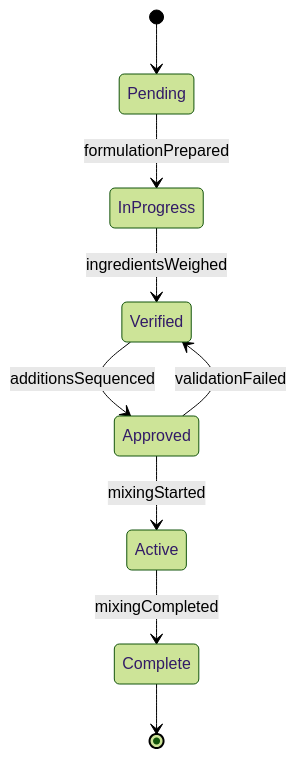
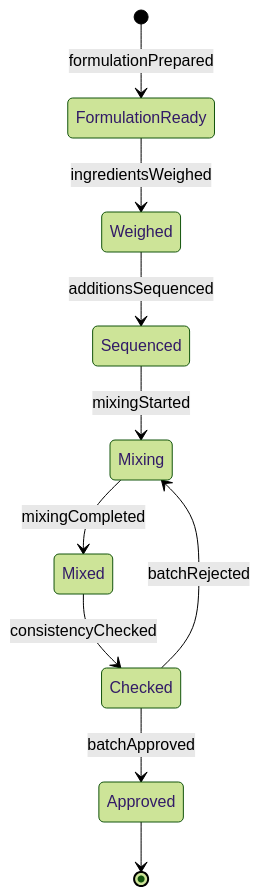
The second of 4 diagrams in HandlingAndMovingObjects/HandleFoodOrFoodPreparationMaterials/MixIngredients.mdx (dot-org-ai/tasks.org.ai), drawn with Mermaid (forest theme) before and after one commit. The commit also changed other lines of this file and 515 other files, not shown here.

````diff
--- a/HandlingAndMovingObjects/HandleFoodOrFoodPreparationMaterials/MixIngredients.mdx
+++ b/HandlingAndMovingObjects/HandleFoodOrFoodPreparationMaterials/MixIngredients.mdx
@@ -100,11 +100,12 @@
 ```mermaid
 stateDiagram-v2
-    [*] --> Pending
-    Pending --> InProgress : formulationPrepared
-    InProgress --> Verified : ingredientsWeighed
-    Verified --> Approved : additionsSequenced
-    Approved --> Active : mixingStarted
-    Active --> Complete : mixingCompleted
-    Approved --> Verified : validationFailed
-    Complete --> [*]
+    [*] --> FormulationReady : formulationPrepared
+    FormulationReady --> Weighed : ingredientsWeighed
+    Weighed --> Sequenced : additionsSequenced
+    Sequenced --> Mixing : mixingStarted
+    Mixing --> Mixed : mixingCompleted
+    Mixed --> Checked : consistencyChecked
+    Checked --> Approved : batchApproved
+    Checked --> Mixing : batchRejected
+    Approved --> [*]
 ```
````
